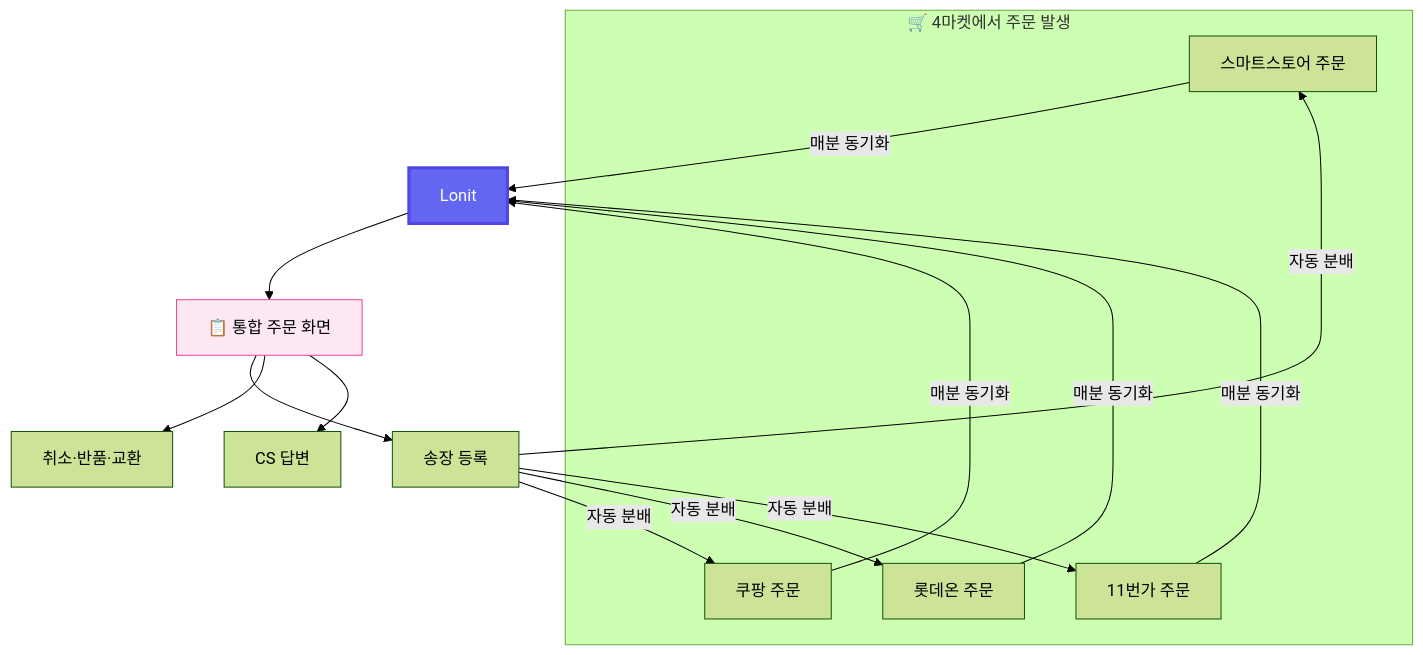
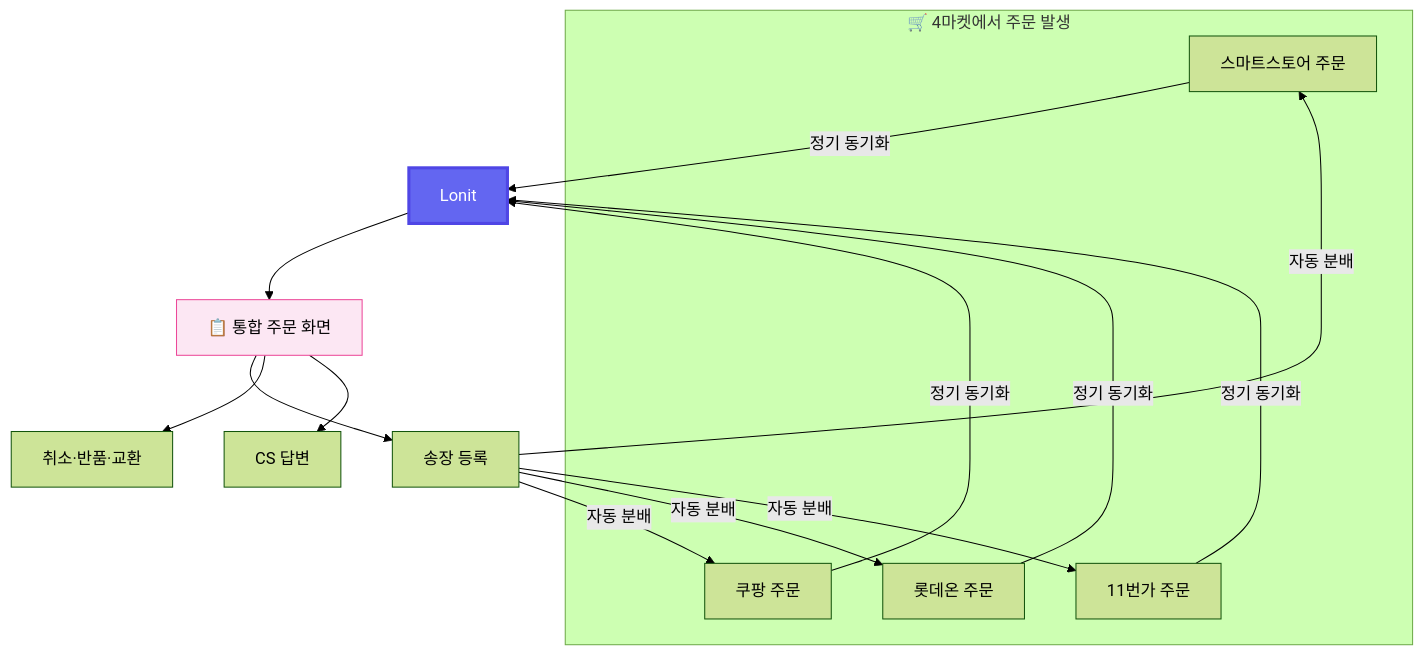
The sixth of 10 diagrams in docs/02-architecture.md (cksdud5785-design/lonit-manual), drawn with Mermaid (forest theme) before and after one commit. The commit also changed other lines of this file and 13 other files, not shown here.

````diff
--- a/docs/02-architecture.md
+++ b/docs/02-architecture.md
@@ -156,28 +163,28 @@
 ```mermaid
 flowchart TB
     subgraph MK["🛒 4마켓에서 주문 발생"]
         OM1[스마트스토어 주문]
         OM2[쿠팡 주문]
         OM3[롯데온 주문]
         OM4[11번가 주문]
     end
 
-    OM1 -->|매분 동기화| Lonit
-    OM2 -->|매분 동기화| Lonit
-    OM3 -->|매분 동기화| Lonit
-    OM4 -->|매분 동기화| Lonit
+    OM1 -->|정기 동기화| Lonit
+    OM2 -->|정기 동기화| Lonit
+    OM3 -->|정기 동기화| Lonit
+    OM4 -->|정기 동기화| Lonit
     
     Lonit --> HUB[📋 통합 주문 화면]
     
     HUB --> SHIP[송장 등록]
     HUB --> CLAIM[취소·반품·교환]
     HUB --> CS[CS 답변]
     
     SHIP -->|자동 분배| OM1
     SHIP -->|자동 분배| OM2
     SHIP -->|자동 분배| OM3
     SHIP -->|자동 분배| OM4
     
     style Lonit fill:#6366f1,color:#fff,stroke:#4f46e5,stroke-width:3px
     style HUB fill:#fce7f3,stroke:#ec4899
 ```
````
